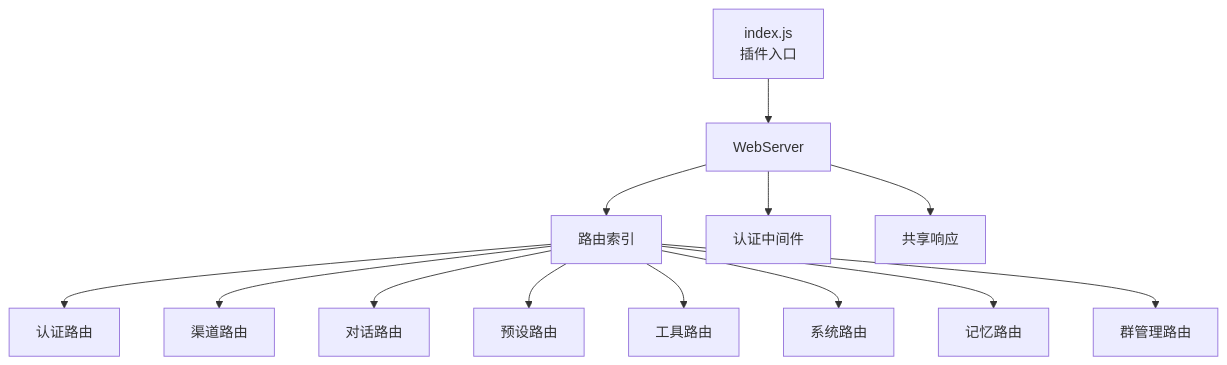
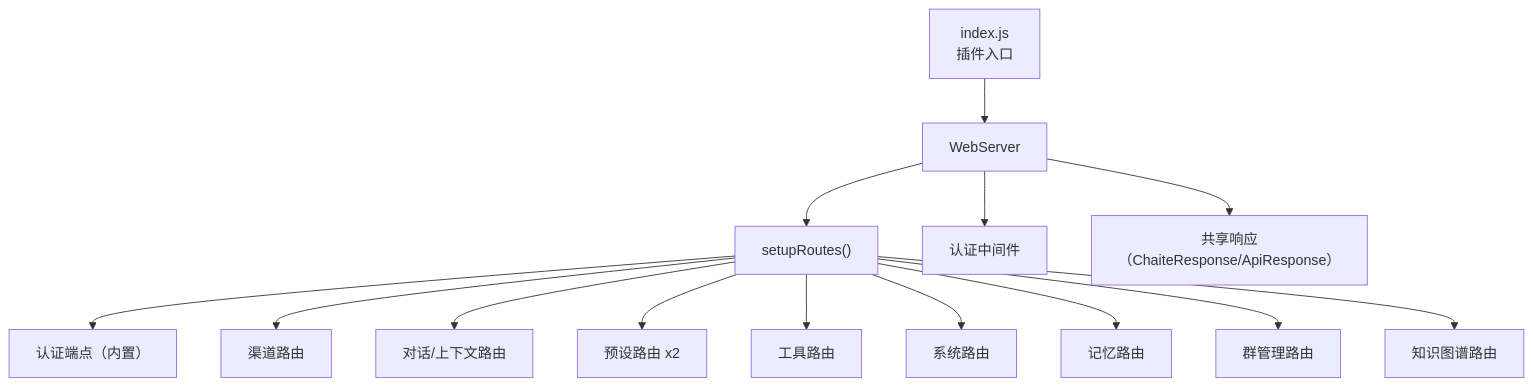
The first of 2 diagrams in api/index.md (XxxXTeam/ChatAI-Plugin-Does), drawn with Mermaid before and after one commit. The commit also changed other lines of this file and 71 other files, not shown here.

````diff
--- a/api/index.md
+++ b/api/index.md
@@ -16,15 +59,16 @@
 ```mermaid
 graph TB
     A["index.js<br/>插件入口"] --> B["WebServer"]
-    B --> C["路由索引"]
-    C --> D["认证路由"]
+    B --> C["setupRoutes()"]
+    C --> D["认证端点（内置）"]
     C --> E["渠道路由"]
-    C --> F["对话路由"]
-    C --> G["预设路由"]
+    C --> F["对话/上下文路由"]
+    C --> G["预设路由 x2"]
     C --> H["工具路由"]
     C --> I["系统路由"]
     C --> J["记忆路由"]
     C --> K["群管理路由"]
-    B --> L["认证中间件"]
-    B --> M["共享响应"]
+    C --> L["知识图谱路由"]
+    B --> M["认证中间件"]
+    B --> N["共享响应（ChaiteResponse/ApiResponse）"]
 ```
````
